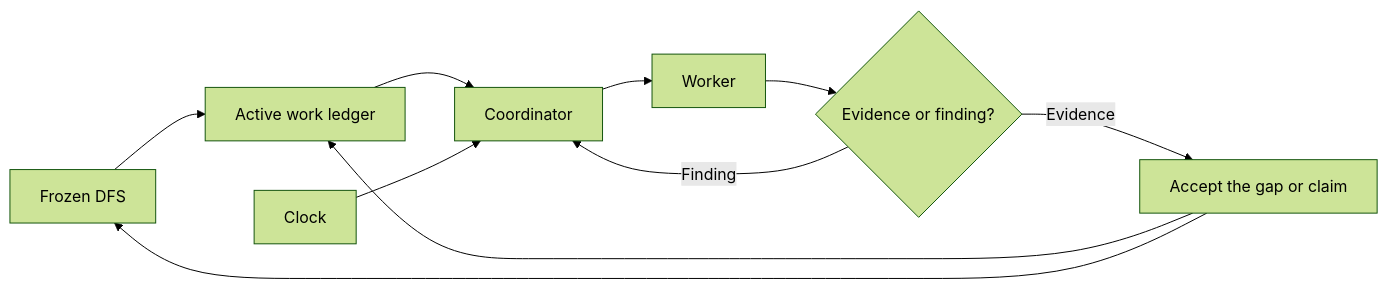
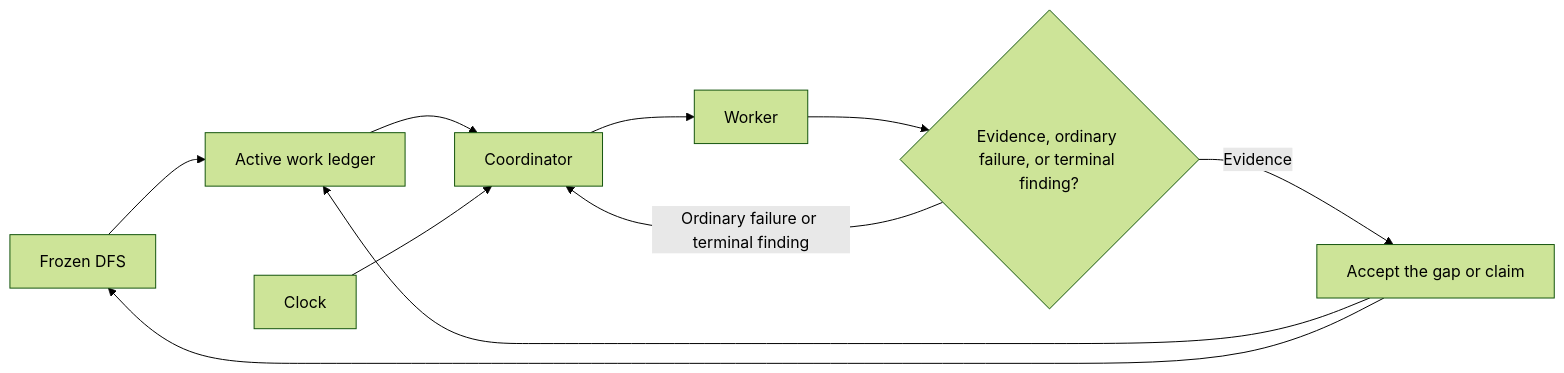
The first of 2 diagrams in README.md (josihosi/de67), drawn with Mermaid (forest theme) before and after one commit. The commit also changed other lines of this file and 8 other files, not shown here.

````diff
--- a/README.md
+++ b/README.md
@@ -35,12 +35,12 @@
 ```mermaid
 flowchart LR
     DFS["Frozen DFS"] --> Ledger["Active work ledger"]
     Ledger --> Coordinator["Coordinator"]
     Clock["Clock"] --> Coordinator
     Coordinator --> Worker["Worker"]
-    Worker --> Result{"Evidence or finding?"}
+    Worker --> Result{"Evidence, ordinary failure, or terminal finding?"}
     Result -->|Evidence| Acceptance["Accept the gap or claim"]
-    Result -->|Finding| Coordinator
+    Result -->|Ordinary failure or terminal finding| Coordinator
     Acceptance --> Ledger
     Acceptance --> DFS
 ```
````
